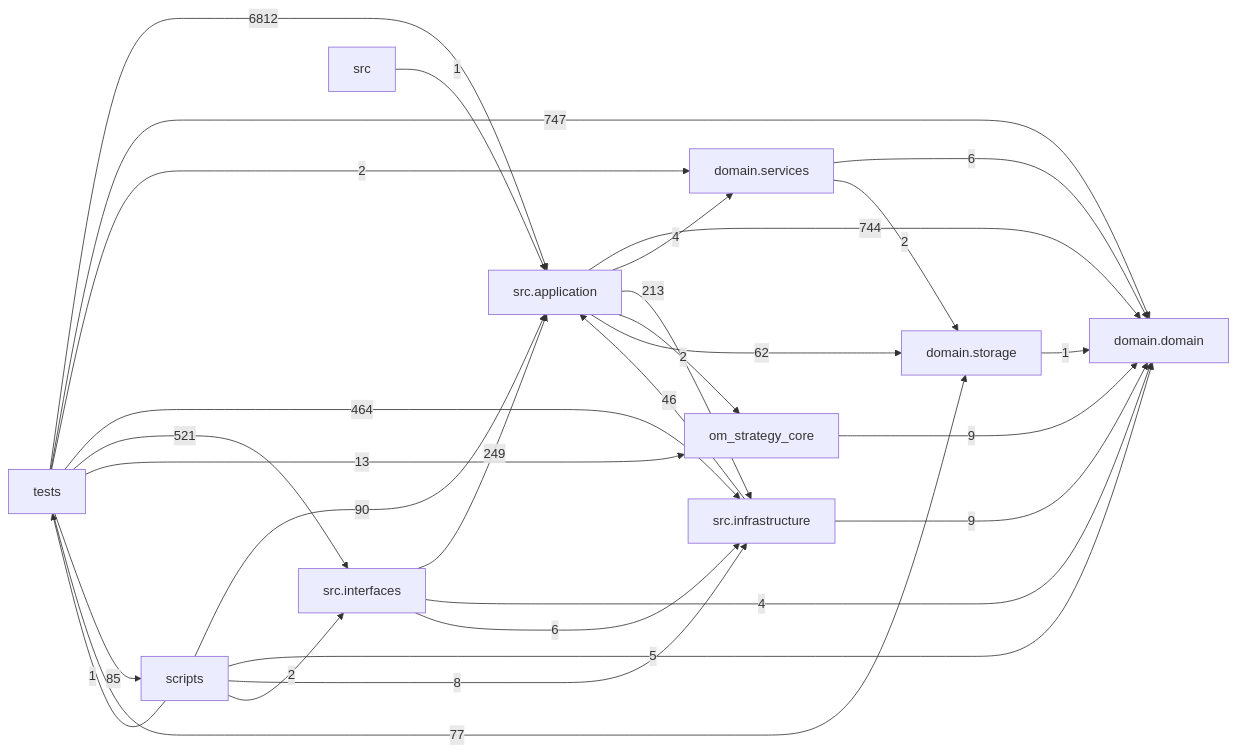
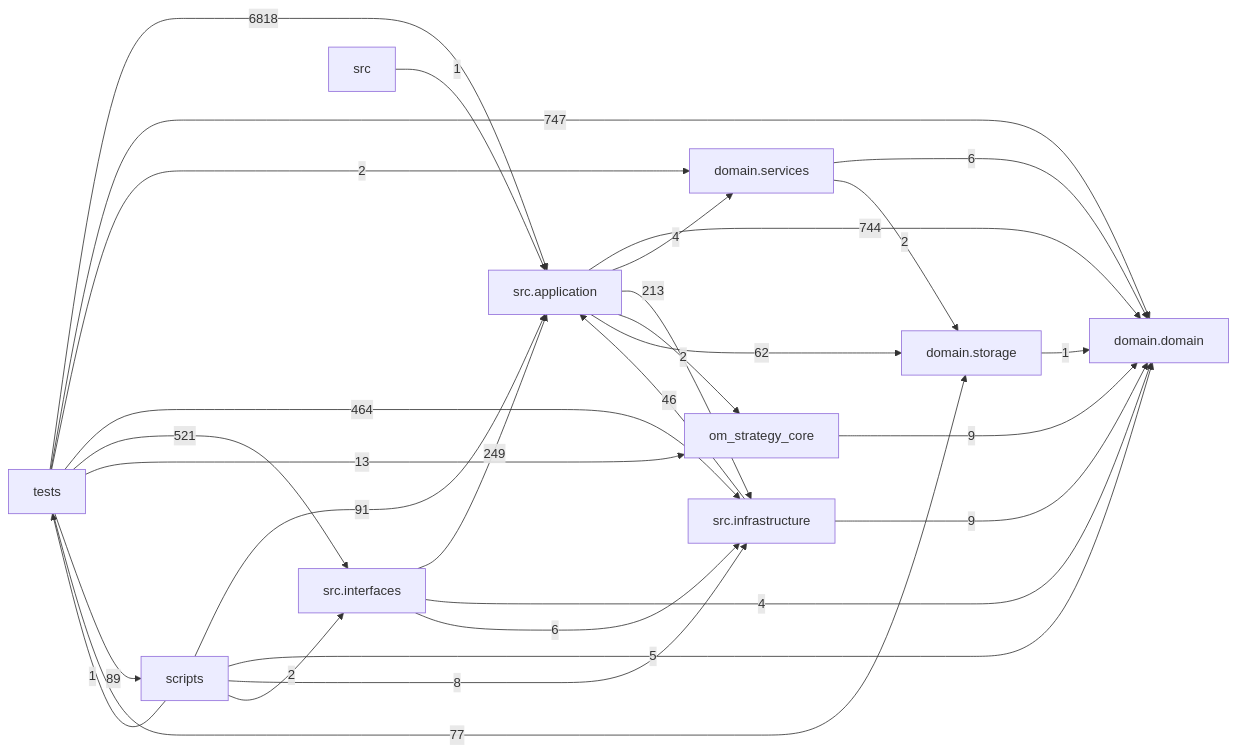
Before and after one commit to liuxie066/options-monitor: the diagram in docs/DEPENDENCY_GRAPH.md, drawn with Mermaid. The commit also changed other lines of this file and 2 other files, not shown here.

````diff
--- a/docs/DEPENDENCY_GRAPH.md
+++ b/docs/DEPENDENCY_GRAPH.md
@@ -24,39 +24,39 @@
 ```mermaid
 flowchart LR
   tests["tests"]
   scripts["scripts"]
   interfaces["src.interfaces"]
   application["src.application"]
   infrastructure["src.infrastructure"]
   domain_services["domain.services"]
   domain["domain.domain"]
   storage["domain.storage"]
   application -->|744| domain
   application -->|4| domain_services
   application -->|213| infrastructure
   application -->|2| om_strategy_core
   application -->|62| storage
   domain_services -->|6| domain
   domain_services -->|2| storage
   infrastructure -->|46| application
   infrastructure -->|9| domain
   interfaces -->|249| application
   interfaces -->|4| domain
   interfaces -->|6| infrastructure
   om_strategy_core -->|9| domain
-  scripts -->|90| application
+  scripts -->|91| application
   scripts -->|5| domain
   scripts -->|8| infrastructure
   scripts -->|2| interfaces
   scripts -->|1| tests
   src -->|1| application
   storage -->|1| domain
-  tests -->|6812| application
+  tests -->|6818| application
   tests -->|747| domain
   tests -->|2| domain_services
   tests -->|464| infrastructure
   tests -->|521| interfaces
   tests -->|13| om_strategy_core
-  tests -->|85| scripts
+  tests -->|89| scripts
   tests -->|77| storage
 ```
````
